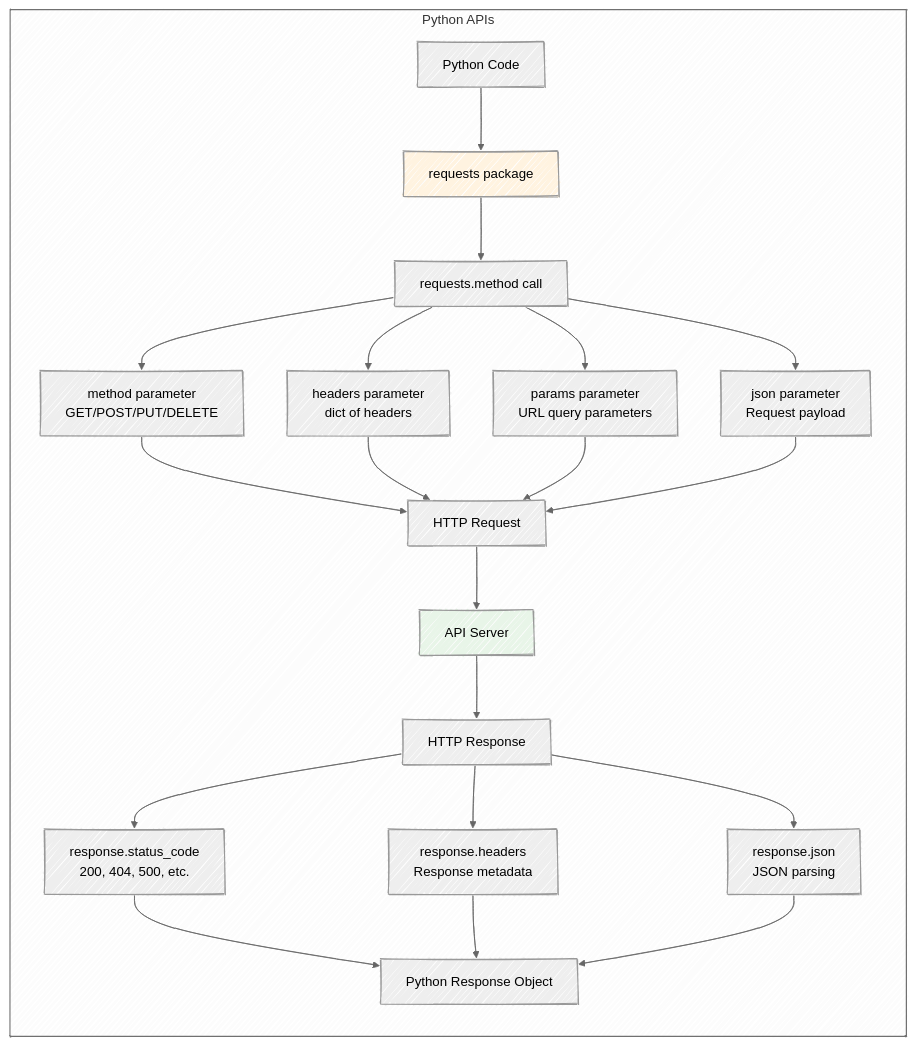
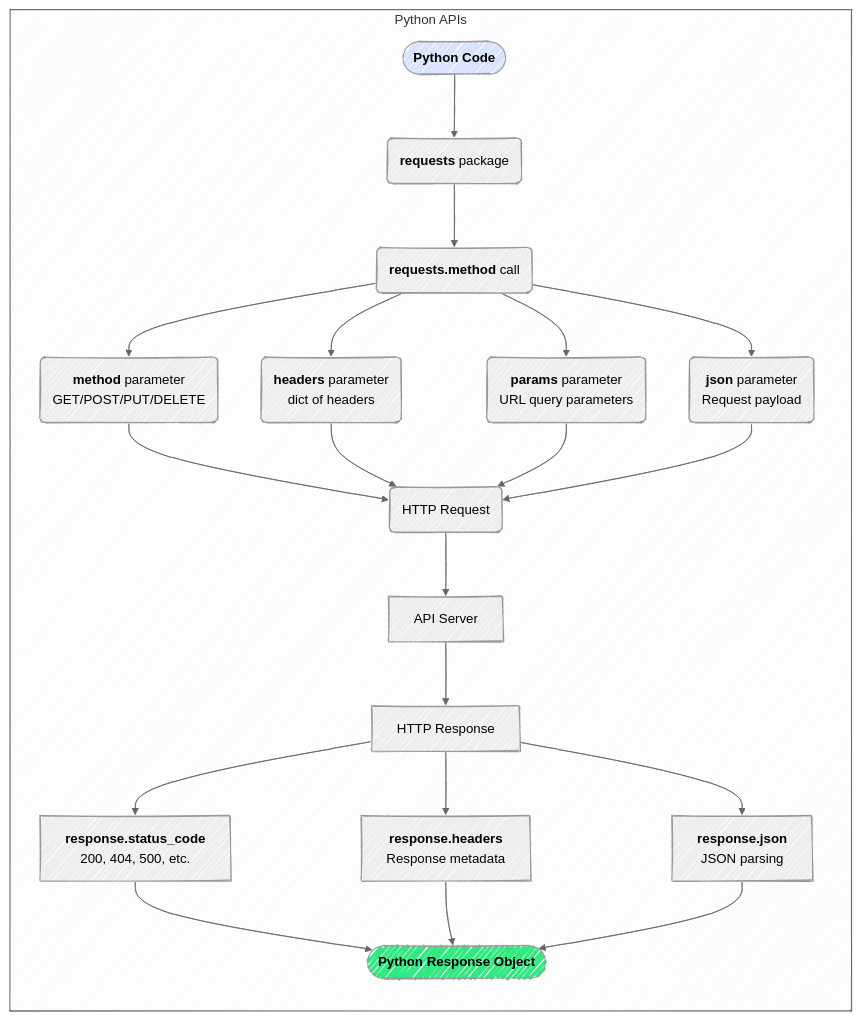
One commit to mjfrigaard/do4ds-labs changed the fifth of 6 diagrams in lab3.qmd. Above: the diagram before and after it, drawn with Mermaid. The commit also changed other lines of this file and 38 other files, not shown here.

````diff
--- a/lab3.qmd
+++ b/lab3.qmd
@@ -239,28 +264,29 @@
 ```{mermaid}
 %%{init: {'theme': 'neutral', 'look': 'handDrawn', 'themeVariables': { 'fontFamily': 'monospace'}}}%%
 
 graph LR
 	subgraph "Python APIs"
-		A2[Python Code] --> B2[requests package]
-		B2 --> C2[requests.method call]
-		C2 --> D2[method parameter<br/>GET/POST/PUT/DELETE]
-		C2 --> E2[headers parameter<br/>dict of headers]
-		C2 --> F2[params parameter<br/>URL query parameters]
-		C2 --> G2[json parameter<br/>Request payload]
-		D2 --> H2[HTTP Request]
+		A2(["<strong>Python Code</strong>"]) --> B2("<strong>requests</strong> package")
+		B2 --> C2("<strong>requests.method</strong> call")
+		C2 --> D2("<strong>method</strong> parameter<br/>GET/POST/PUT/DELETE")
+		C2 --> E2("<strong>headers</strong> parameter<br/>dict of headers")
+		C2 --> F2("<strong>params</strong> parameter<br/>URL query parameters")
+		C2 --> G2("<strong>json</strong> parameter<br/>Request payload")
+		D2 --> H2("HTTP Request")
 		E2 --> H2
 		F2 --> H2
 		G2 --> H2
-		H2 --> I2[API Server]
-		I2 --> J2[HTTP Response]
-		J2 --> K2[response.status_code<br/>200, 404, 500, etc.]
-		J2 --> L2[response.headers<br/>Response metadata]
-		J2 --> M2[response.json<br/>JSON parsing]
-		K2 --> N2[Python Response Object]
+		H2 --> I2["API Server"]
+		I2 --> J2["HTTP Response"]
+		J2 --> K2["<strong>response.status_code</strong><br/>200, 404, 500, etc."]
+		J2 --> L2["<strong>response.headers</strong><br/>Response metadata"]
+		J2 --> M2["<strong>response.json</strong><br/>JSON parsing"]
+		K2 --> N2(["<strong>Python Response Object</strong>"])
 		L2 --> N2
 		M2 --> N2
 	end
 
-style B2 fill:#fff3e0
-style I2 fill:#e8f5e8
+    style A2 fill:#d8e4ff
+    style N2 fill:#31e981
+    
 ```
````
